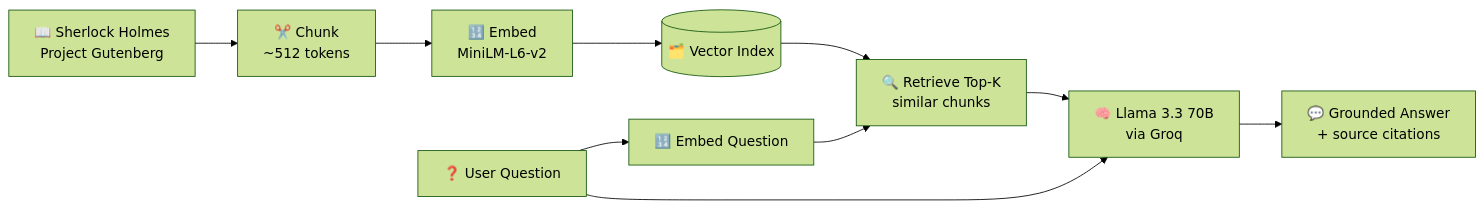
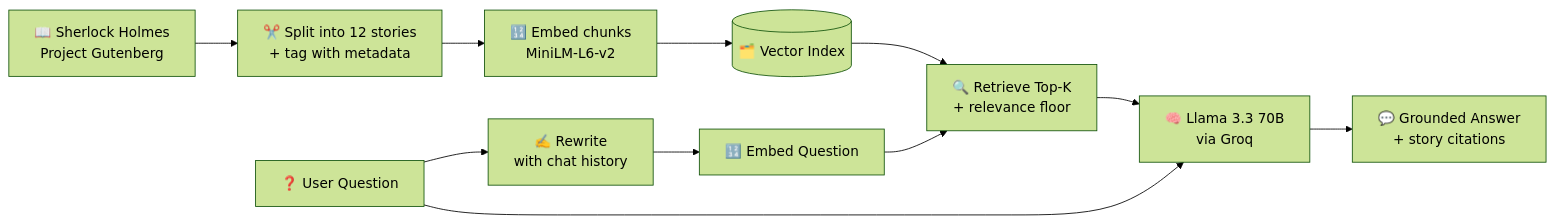
Before and after one commit to abssiabdulrahman/sherlock-rag-chatbot: the diagram in README.md, drawn with Mermaid (forest theme). The commit also changed other lines of this file, not shown here.

````diff
--- a/README.md
+++ b/README.md
@@ -34,13 +34,14 @@
 ```mermaid
 flowchart LR
-    A[📖 Sherlock Holmes<br/>Project Gutenberg] --> B[✂️ Chunk<br/>~512 tokens]
-    B --> C[🔢 Embed<br/>MiniLM-L6-v2]
+    A[📖 Sherlock Holmes<br/>Project Gutenberg] --> B[✂️ Split into 12 stories<br/>+ tag with metadata]
+    B --> C[🔢 Embed chunks<br/>MiniLM-L6-v2]
     C --> D[(🗂️ Vector Index)]
 
-    Q[❓ User Question] --> E[🔢 Embed Question]
-    E --> F[🔍 Retrieve Top-K<br/>similar chunks]
+    Q[❓ User Question] --> R[✍️ Rewrite<br/>with chat history]
+    R --> E[🔢 Embed Question]
+    E --> F[🔍 Retrieve Top-K<br/>+ relevance floor]
     D --> F
     F --> G[🧠 Llama 3.3 70B<br/>via Groq]
     Q --> G
-    G --> H[💬 Grounded Answer<br/>+ source citations]
+    G --> H[💬 Grounded Answer<br/>+ story citations]
 ```
````
